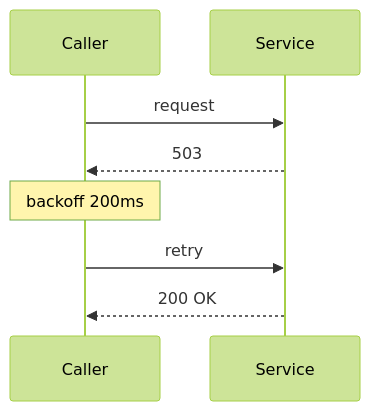
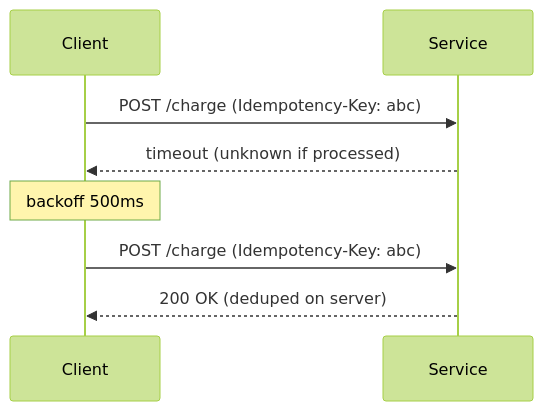
Diagram 21 of 29 in 08-microservices/README.md (hareramcse/SystemDesign), drawn with Mermaid (forest theme) before and after one commit. The commit also changed other lines of this file and 5 other files, not shown here.

````diff
--- a/08-microservices/README.md
+++ b/08-microservices/README.md
@@ -1116,10 +1244,10 @@
 ```mermaid
 sequenceDiagram
-    participant C as Caller
+    participant C as Client
     participant S as Service
-    C->>S: request
-    S-->>C: 503
-    Note over C: backoff 200ms
-    C->>S: retry
-    S-->>C: 200 OK
+    C->>S: POST /charge (Idempotency-Key: abc)
+    S-->>C: timeout (unknown if processed)
+    Note over C: backoff 500ms
+    C->>S: POST /charge (Idempotency-Key: abc)
+    S-->>C: 200 OK (deduped on server)
 ```
````
